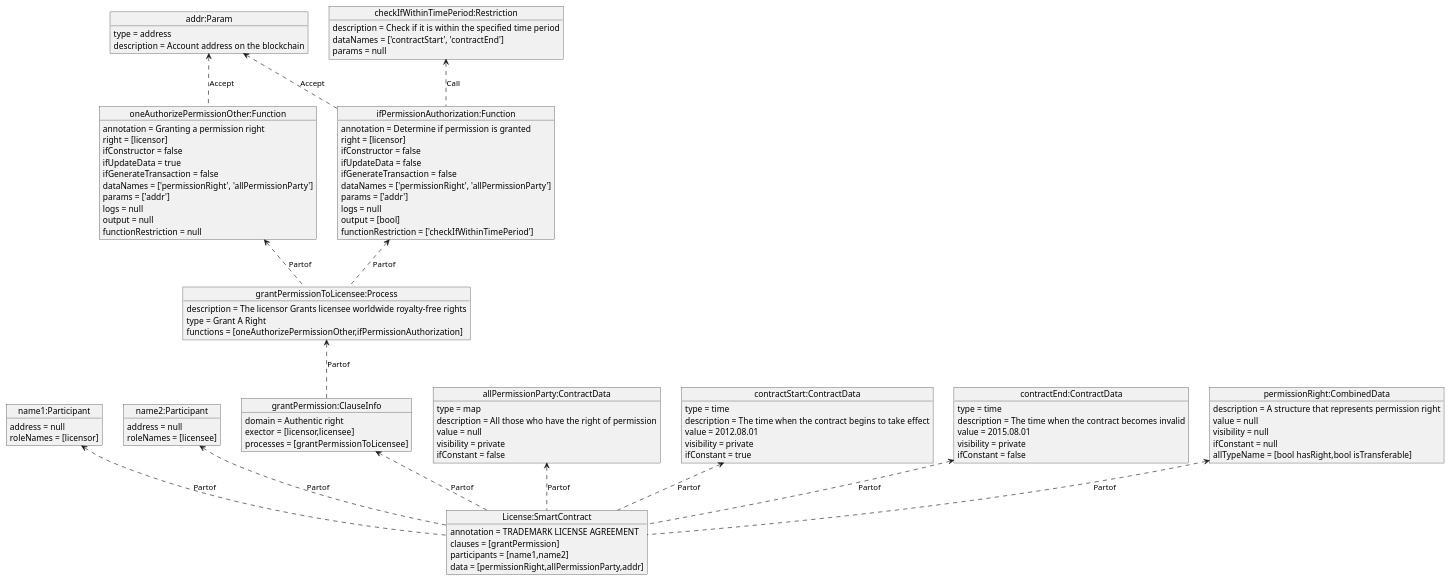
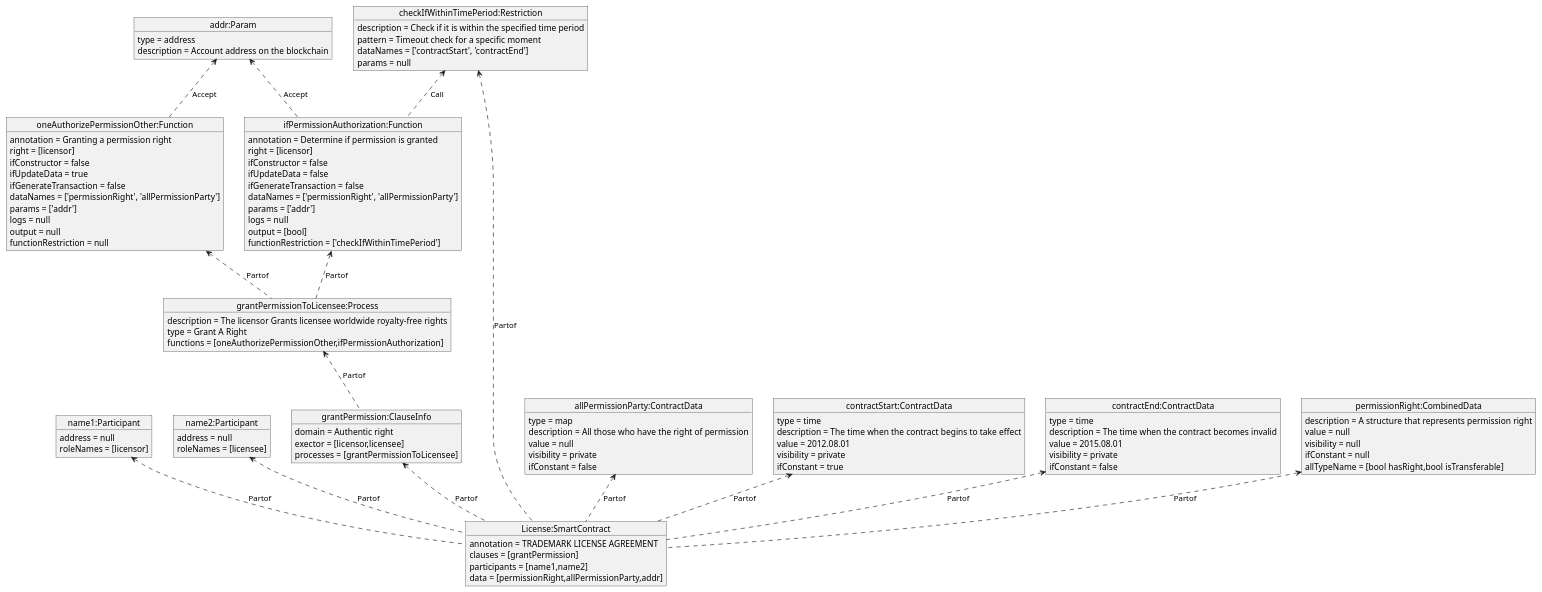
One commit to HIT-LWY/sc_MDA_code changed the diagram in plantUML_dia/a_result.puml. Above: the diagram before and after it, drawn with PlantUML. The commit also changed 3 other files, not shown here.

```diff
--- a/plantUML_dia/a_result.puml
+++ b/plantUML_dia/a_result.puml
@@ -1,87 +1,89 @@
 @startuml
 object "License:SmartContract" as License
 License : annotation = TRADEMARK LICENSE AGREEMENT
 License : clauses = [grantPermission]
 License : participants = [name1,name2]
 License : data = [permissionRight,allPermissionParty,addr]
 object "name1:Participant" as name1
 name1 : address = null
 name1 : roleNames = [licensor]
 object "name2:Participant" as name2
 name2 : address = null
 name2 : roleNames = [licensee]
 object "grantPermission:ClauseInfo" as grantPermission
 grantPermission : domain = Authentic right
 grantPermission : exector = [licensor,licensee]
 grantPermission : processes = [grantPermissionToLicensee]
 object "grantPermissionToLicensee:Process" as grantPermissionToLicensee
 grantPermissionToLicensee : description = The licensor Grants licensee worldwide royalty-free rights
 grantPermissionToLicensee : type = Grant A Right
 grantPermissionToLicensee : functions = [oneAuthorizePermissionOther,ifPermissionAuthorization]
 object "oneAuthorizePermissionOther:Function" as oneAuthorizePermissionOther
 oneAuthorizePermissionOther : annotation = Granting a permission right
 oneAuthorizePermissionOther : right = [licensor]
 oneAuthorizePermissionOther : ifConstructor = false
 oneAuthorizePermissionOther : ifUpdateData = true
 oneAuthorizePermissionOther : ifGenerateTransaction = false
 oneAuthorizePermissionOther : dataNames = ['permissionRight', 'allPermissionParty']
 oneAuthorizePermissionOther : params = ['addr']
 oneAuthorizePermissionOther : logs = null
 oneAuthorizePermissionOther : output = null
 oneAuthorizePermissionOther : functionRestriction = null
 object "ifPermissionAuthorization:Function" as ifPermissionAuthorization
 ifPermissionAuthorization : annotation = Determine if permission is granted
 ifPermissionAuthorization : right = [licensor]
 ifPermissionAuthorization : ifConstructor = false
 ifPermissionAuthorization : ifUpdateData = false
 ifPermissionAuthorization : ifGenerateTransaction = false
 ifPermissionAuthorization : dataNames = ['permissionRight', 'allPermissionParty']
 ifPermissionAuthorization : params = ['addr']
 ifPermissionAuthorization : logs = null
 ifPermissionAuthorization : output = [bool]
 ifPermissionAuthorization : functionRestriction = ['checkIfWithinTimePeriod']
 object "checkIfWithinTimePeriod:Restriction" as checkIfWithinTimePeriod
 checkIfWithinTimePeriod : description = Check if it is within the specified time period
+checkIfWithinTimePeriod : pattern = Timeout check for a specific moment
 checkIfWithinTimePeriod : dataNames = ['contractStart', 'contractEnd']
 checkIfWithinTimePeriod : params = null
 object "allPermissionParty:ContractData" as allPermissionParty
 allPermissionParty : type = map
 allPermissionParty : description = All those who have the right of permission
 allPermissionParty : value = null
 allPermissionParty : visibility = private
 allPermissionParty : ifConstant = false
 object "contractStart:ContractData" as contractStart
 contractStart : type = time
 contractStart : description = The time when the contract begins to take effect
 contractStart : value = 2012.08.01
 contractStart : visibility = private
 contractStart : ifConstant = true
 object "contractEnd:ContractData" as contractEnd
 contractEnd : type = time
 contractEnd : description = The time when the contract becomes invalid
 contractEnd : value = 2015.08.01
 contractEnd : visibility = private
 contractEnd : ifConstant = false
 object "permissionRight:CombinedData" as permissionRight
 permissionRight : description = A structure that represents permission right
 permissionRight : value = null
 permissionRight : visibility = null
 permissionRight : ifConstant = null
 permissionRight : allTypeName = [bool hasRight,bool isTransferable]
 object "addr:Param" as addr
 addr : type = address
 addr : description = Account address on the blockchain
 name1<.. License: Partof
 name2<.. License: Partof
 grantPermission<.. License: Partof
 grantPermissionToLicensee<.. grantPermission: Partof
 oneAuthorizePermissionOther<.. grantPermissionToLicensee: Partof
 ifPermissionAuthorization<.. grantPermissionToLicensee: Partof
 checkIfWithinTimePeriod<.. ifPermissionAuthorization: Call
+checkIfWithinTimePeriod<.. License: Partof
 permissionRight<.. License: Partof
 allPermissionParty<.. License: Partof
 contractStart<.. License: Partof
 contractEnd<.. License: Partof
 addr<..oneAuthorizePermissionOther: Accept
 addr<..ifPermissionAuthorization: Accept
 @enduml
```
